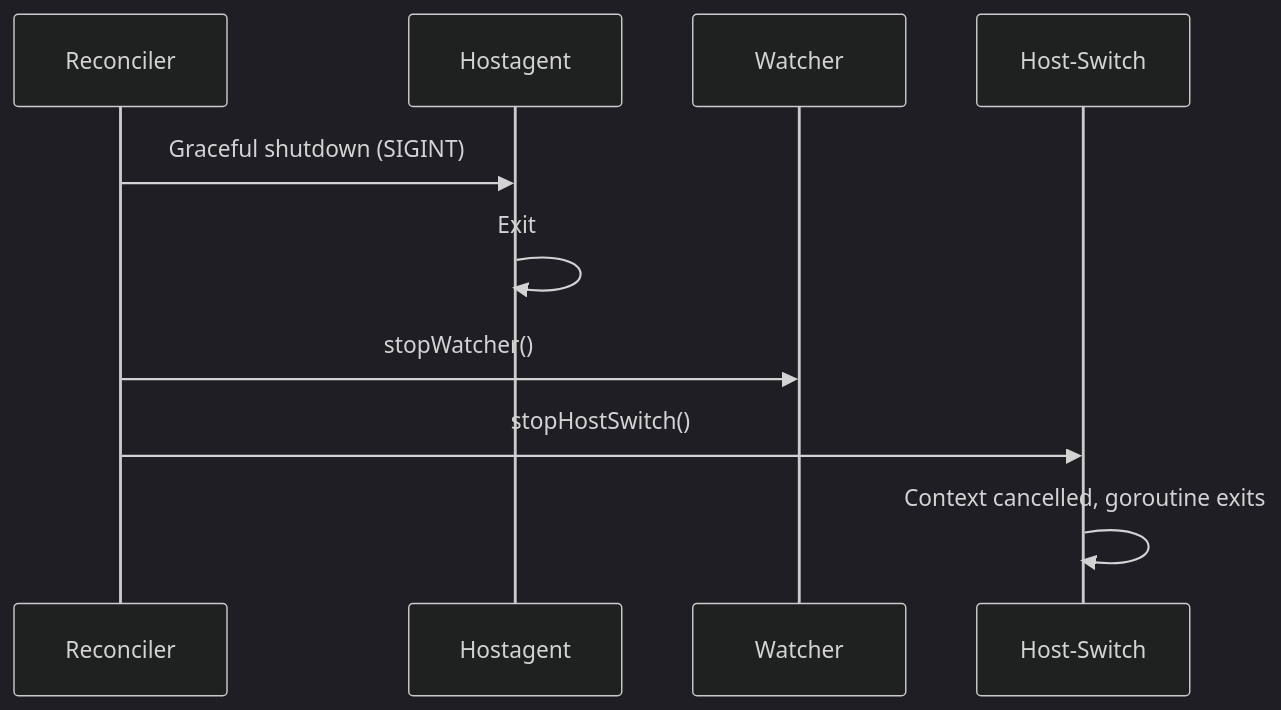
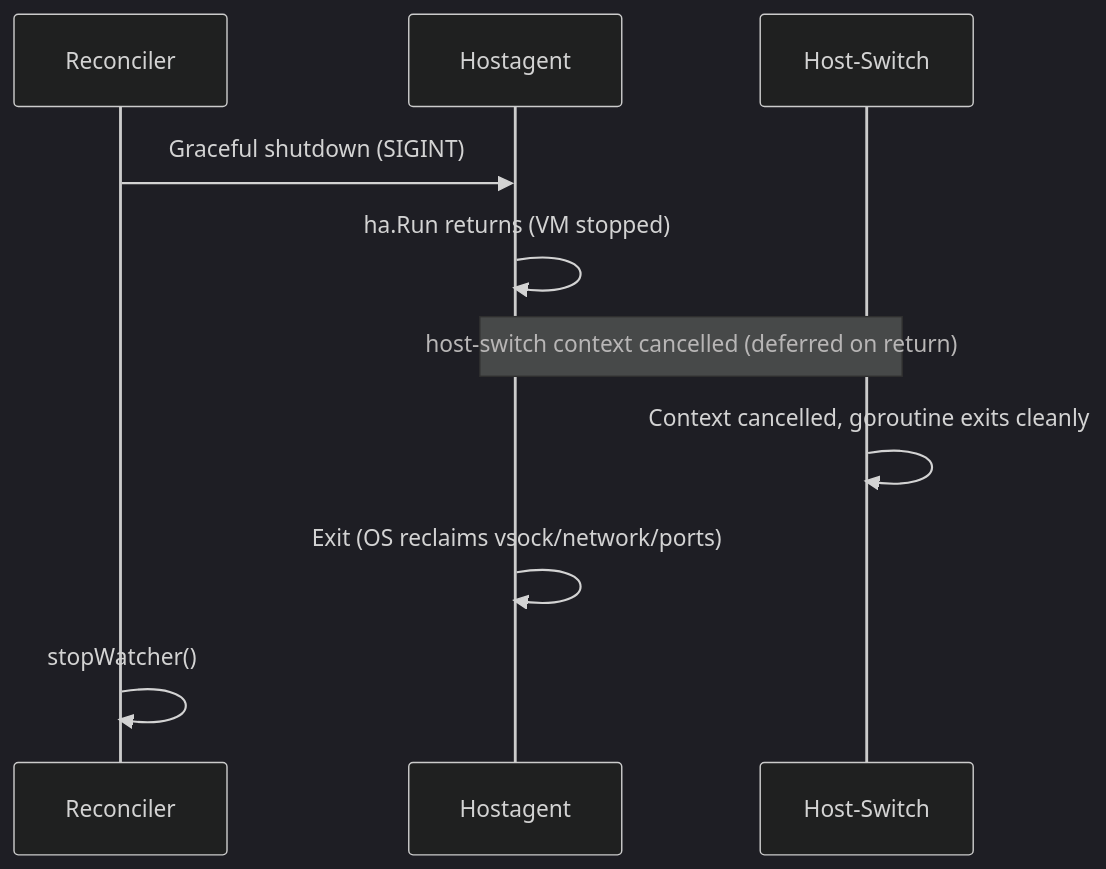
One commit to mook-as/rd2 changed the fourth of 5 diagrams in rdd/docs/design/networking.md. Above: the diagram before and after it, drawn with Mermaid (dark theme). The commit also changed other lines of this file and 10 other files, not shown here.

First line of the commit message:
Move host-switch from RDD controller to hostagent

````diff
--- a/rdd/docs/design/networking.md
+++ b/rdd/docs/design/networking.md
@@ -126,13 +126,13 @@
 ```mermaid
 sequenceDiagram
     participant R as Reconciler
     participant HA as Hostagent
-    participant W as Watcher
     participant HS as Host-Switch
 
     R->>HA: Graceful shutdown (SIGINT)
-    HA->>HA: Exit
-    R->>W: stopWatcher()
-    R->>HS: stopHostSwitch()
-    HS->>HS: Context cancelled, goroutine exits
+    HA->>HA: ha.Run returns (VM stopped)
+    Note over HA,HS: host-switch context cancelled (deferred on return)
+    HS->>HS: Context cancelled, goroutine exits cleanly
+    HA->>HA: Exit (OS reclaims vsock/network/ports)
+    R->>R: stopWatcher()
 ```
````
